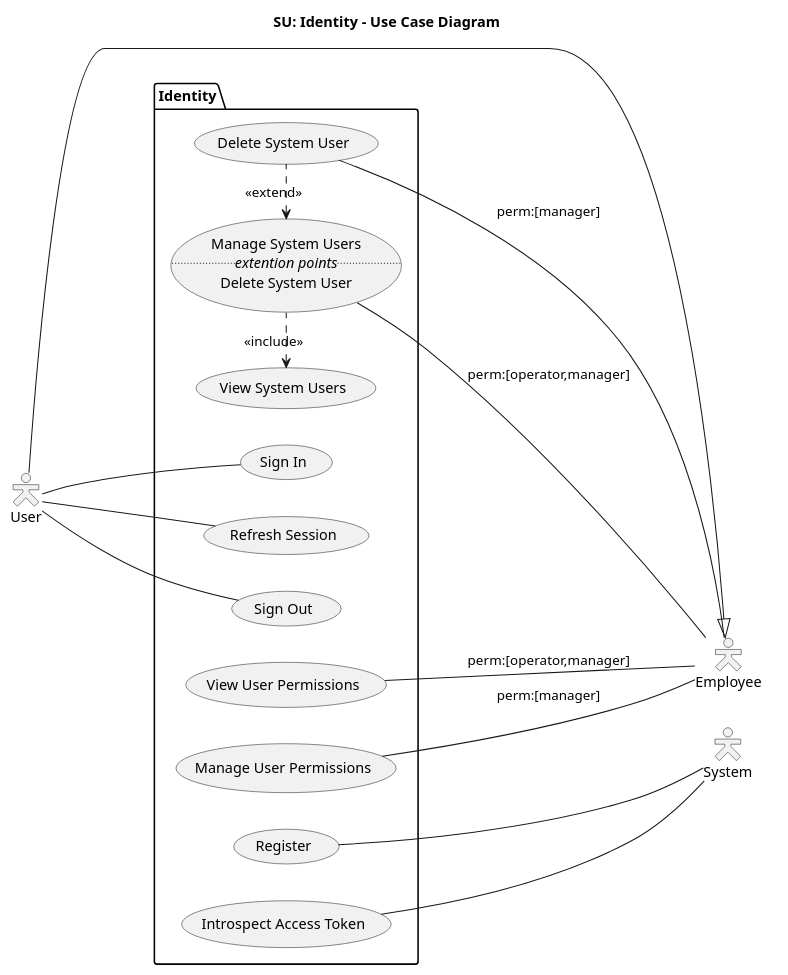
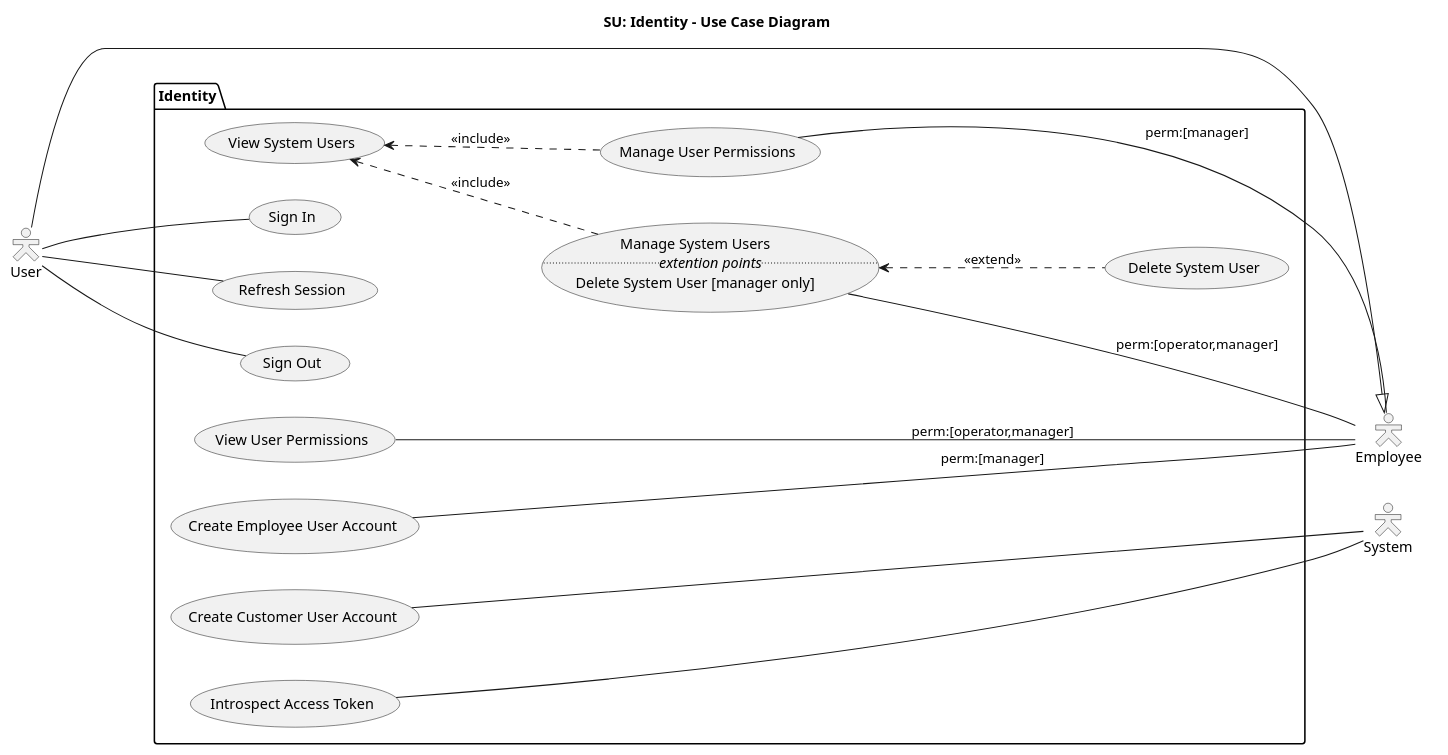
Before and after one commit to draganovik/matterway: the diagram in docs/SU Identity - Use Case Diagram.puml, drawn with PlantUML. The commit also changed 8 other files, not shown here.

First line of the commit message:
Add employee create flow (UI, API, types)

```diff
--- a/docs/SU Identity - Use Case Diagram.puml
+++ b/docs/SU Identity - Use Case Diagram.puml
@@ -1,48 +1,50 @@
 @startuml SUIdentityUseCaseDiagram
 title SU: Identity - Use Case Diagram
 left to right direction
 skinparam shadowing false
 skinparam actorStyle hollow
 
 actor user as "User"
 
 rectangle #line:transparent {
   actor empl as "Employee"
   actor sysm as "System"
 }
 
 user --|> empl
 
 package "Identity" {
-  left to right direction
   usecase signIn as "Sign In"
   usecase refreshSession as "Refresh Session"
   usecase signOut as "Sign Out"
 
-  usecase viewSystemUsers as "View System Users"
   usecase manageSystemUsers as "Manage System Users
                                 ..<i>extention points</i>..
-                                Delete System User"
+                                Delete System User [manager only]"
   usecase deleteSystemUser as "Delete System User"
+  usecase viewSystemUsers as "View System Users"
+
   usecase viewUserPermissions as "View User Permissions"
   usecase manageUserPermissions as "Manage User Permissions"
 
-  usecase register as "Register"
+  usecase createEmployeeAccount as "Create Employee User Account"
+  usecase createCustomerAccount as "Create Customer User Account"
   usecase introspectAccessToken as "Introspect Access Token"
 
-  manageSystemUsers .left.> viewSystemUsers : <<include>>
-  deleteSystemUser .left.> manageSystemUsers : <<extend>>
+  manageSystemUsers .up.> viewSystemUsers : <<include>>
+  manageUserPermissions .up.> viewSystemUsers : <<include>>
+  deleteSystemUser .up.> manageSystemUsers : <<extend>>
 }
 
 user --- signIn
 user --- refreshSession
 user --- signOut
 
 manageSystemUsers --- empl : perm:[operator,manager]
 viewUserPermissions --- empl : perm:[operator,manager]
 manageUserPermissions --- empl : perm:[manager]
-deleteSystemUser --- empl : perm:[manager]
+createEmployeeAccount --- empl : perm:[manager]
 
 introspectAccessToken --- sysm
-register --- sysm
+createCustomerAccount --- sysm
 @enduml
```
